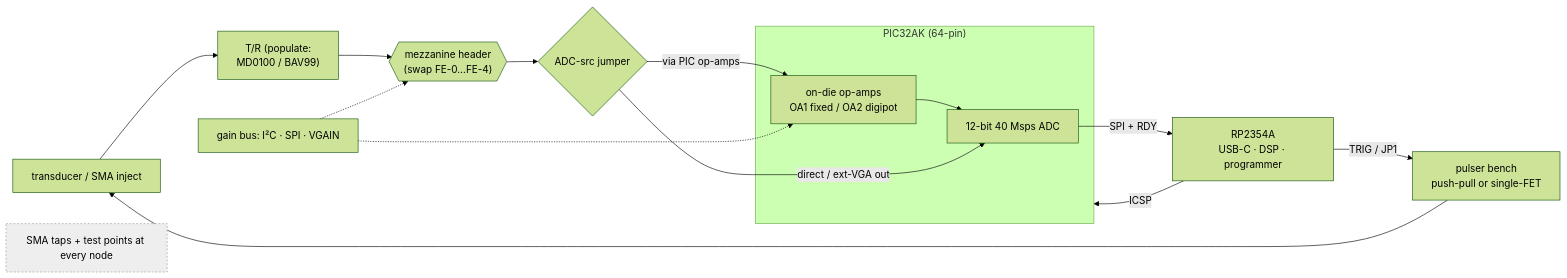
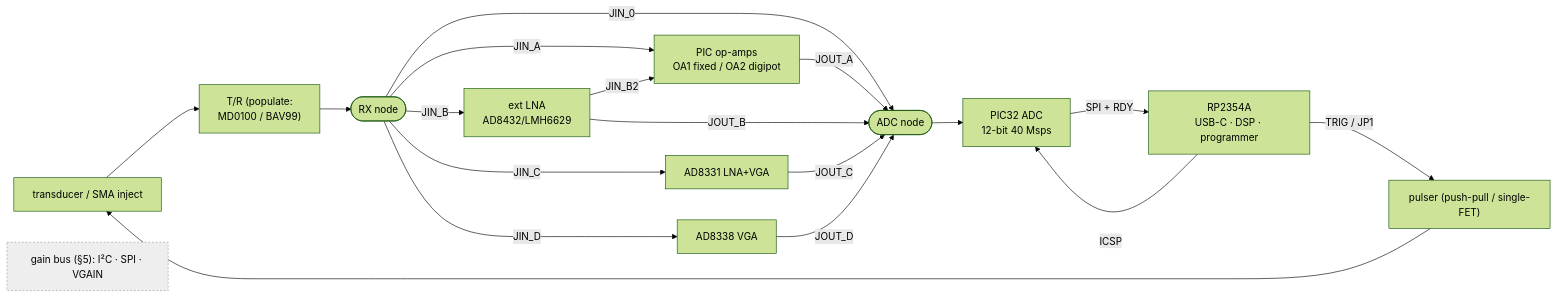
One commit to kelu124/minus changed the diagram in design/devkit/README.md. Above: the diagram before and after it, drawn with Mermaid (forest theme). The commit also changed other lines of this file and 3 other files, not shown here.

First line of the commit message:
design(devkit): single-board, jumper-selected paths (no mezzanine)

````diff
--- a/design/devkit/README.md
+++ b/design/devkit/README.md
@@ -53,21 +56,22 @@
 ```mermaid
 flowchart LR
   PZ["transducer / SMA inject"] --> TR["T/R (populate:<br/>MD0100 / BAV99)"]
-  TR --> MEZ{{"mezzanine header<br/>(swap FE-0…FE-4)"}}
-  MEZ --> JSRC{"ADC-src jumper"}
-  subgraph PIC["PIC32AK (64-pin)"]
-    OA["on-die op-amps<br/>OA1 fixed / OA2 digipot"]
-    ADC["12-bit 40 Msps ADC"]
-    OA --> ADC
-  end
-  JSRC -->|"via PIC op-amps"| OA
-  JSRC -->|"direct / ext-VGA out"| ADC
-  GAINBUS["gain bus: I²C · SPI · VGAIN"] -.-> MEZ
-  GAINBUS -.-> OA
+  TR --> RXN(["RX node"])
+  RXN -->|JIN_0| ADCN
+  RXN -->|JIN_A| OA["PIC op-amps<br/>OA1 fixed / OA2 digipot"]
+  RXN -->|JIN_B| LNA["ext LNA<br/>AD8432/LMH6629"]
+  RXN -->|JIN_C| V1["AD8331 LNA+VGA"]
+  RXN -->|JIN_D| V2["AD8338 VGA"]
+  LNA -->|JIN_B2| OA
+  OA -->|JOUT_A| ADCN
+  V1 -->|JOUT_C| ADCN
+  V2 -->|JOUT_D| ADCN
+  LNA -->|JOUT_B| ADCN
+  ADCN(["ADC node"]) --> ADC["PIC32 ADC<br/>12-bit 40 Msps"]
   ADC -->|"SPI + RDY"| RP["RP2354A<br/>USB-C · DSP · programmer"]
-  RP -->|"TRIG / JP1"| PLS["pulser bench<br/>push-pull or single-FET"]
-  RP -->|"ICSP"| PIC
+  RP -->|"TRIG / JP1"| PLS["pulser (push-pull / single-FET)"]
+  RP -->|ICSP| ADC
   PLS --> PZ
-  TAPS["SMA taps + test points at every node"]:::note
+  GAIN["gain bus (§5): I²C · SPI · VGAIN"]:::note
   classDef note fill:#eeeeee,stroke:#999999,stroke-dasharray:3 3;
 ```
````
